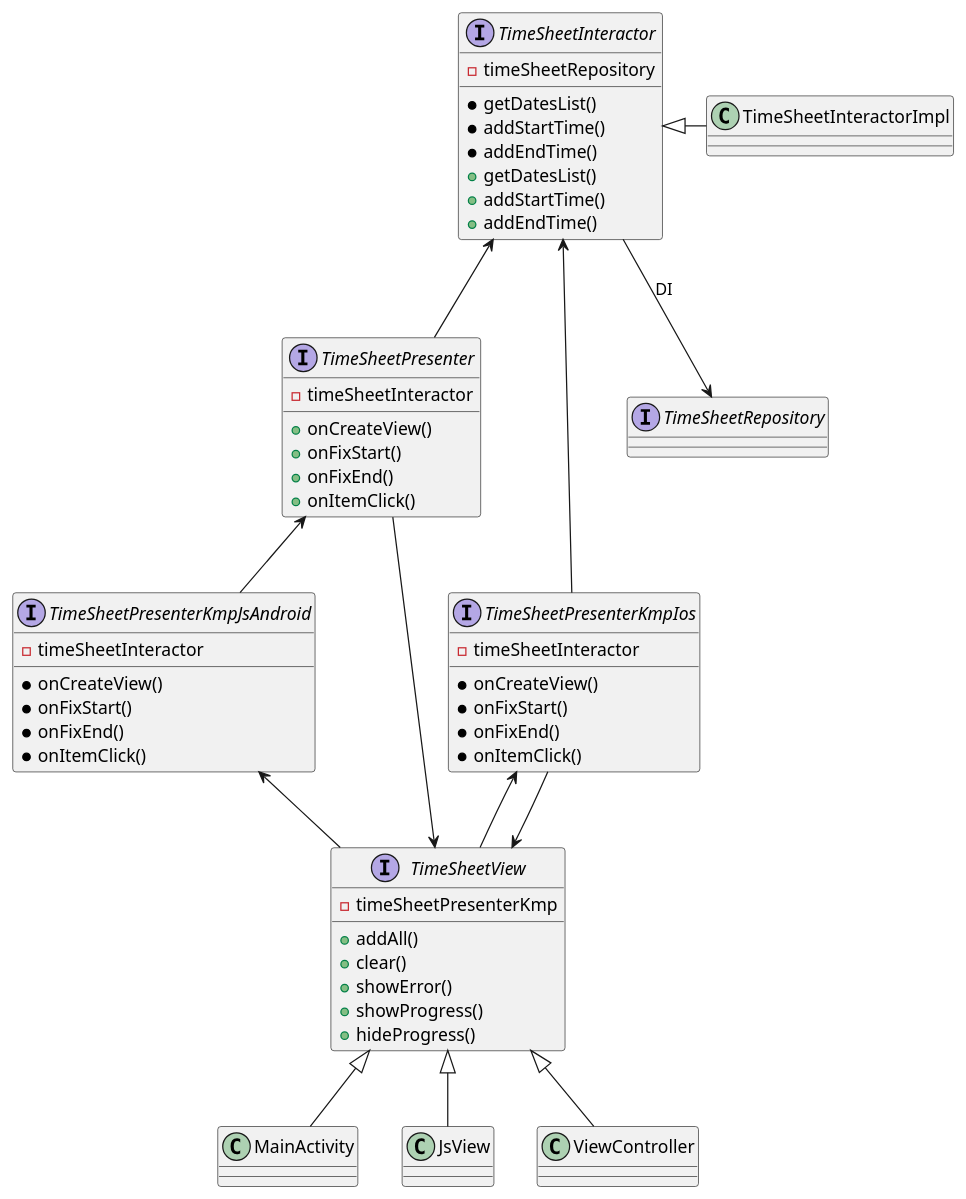
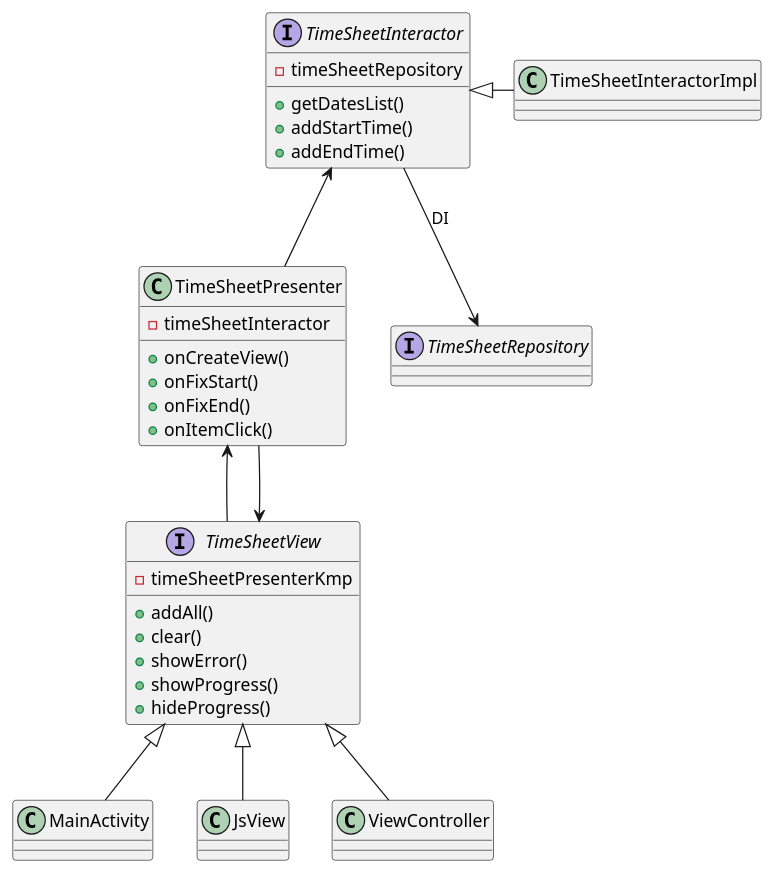
One commit to phansier/KotlinIosAndroid changed the diagram in SharedCode/src/commonMain/kotlin/ru/beryukhov/mpp/domain/common.puml. Above: the diagram before and after it, drawn with PlantUML. The commit also changed 2 other files, not shown here.

Commit message:
Fix architecture scheme

```diff
--- a/SharedCode/src/commonMain/kotlin/ru/beryukhov/mpp/domain/common.puml
+++ b/SharedCode/src/commonMain/kotlin/ru/beryukhov/mpp/domain/common.puml
@@ -3,68 +3,47 @@
 @startuml
 interface TimeSheetInteractor{
-*getDatesList()
-*addStartTime()
-*addEndTime()
 +getDatesList()
 +addStartTime()
 +addEndTime()
 -timeSheetRepository
 }
 
 class TimeSheetInteractorImpl
 
-interface TimeSheetPresenter{
+class TimeSheetPresenter{
 -timeSheetInteractor
 +onCreateView()
 +onFixStart()
 +onFixEnd()
 +onItemClick()
-}
-
-interface TimeSheetPresenterKmpJsAndroid{
--timeSheetInteractor
-*onCreateView()
-*onFixStart()
-*onFixEnd()
-*onItemClick()
-}
-
-interface TimeSheetPresenterKmpIos{
--timeSheetInteractor
-*onCreateView()
-*onFixStart()
-*onFixEnd()
-*onItemClick()
 }
 
 interface TimeSheetView{
 -timeSheetPresenterKmp
 +addAll()
 +clear()
 +showError()
 +showProgress()
 +hideProgress()
 }
 
+
+
 TimeSheetInteractor --> TimeSheetRepository: DI
 TimeSheetInteractor <-- TimeSheetPresenter
-TimeSheetPresenter <-- TimeSheetPresenterKmpJsAndroid
-TimeSheetInteractor <-- TimeSheetPresenterKmpIos
+TimeSheetPresenter <-- TimeSheetView
 TimeSheetInteractor <|- TimeSheetInteractorImpl
-TimeSheetPresenterKmpJsAndroid <-- TimeSheetView
-TimeSheetPresenterKmpIos <-- TimeSheetView
-TimeSheetPresenterKmpIos --> TimeSheetView
 TimeSheetPresenter --> TimeSheetView
 
 class MainActivity
 class JsView
 
 interface TimeSheetRepository
 
 TimeSheetView <|-- MainActivity
 TimeSheetView <|-- JsView
 TimeSheetView <|-- ViewController
 
 
 
 @enduml
```
